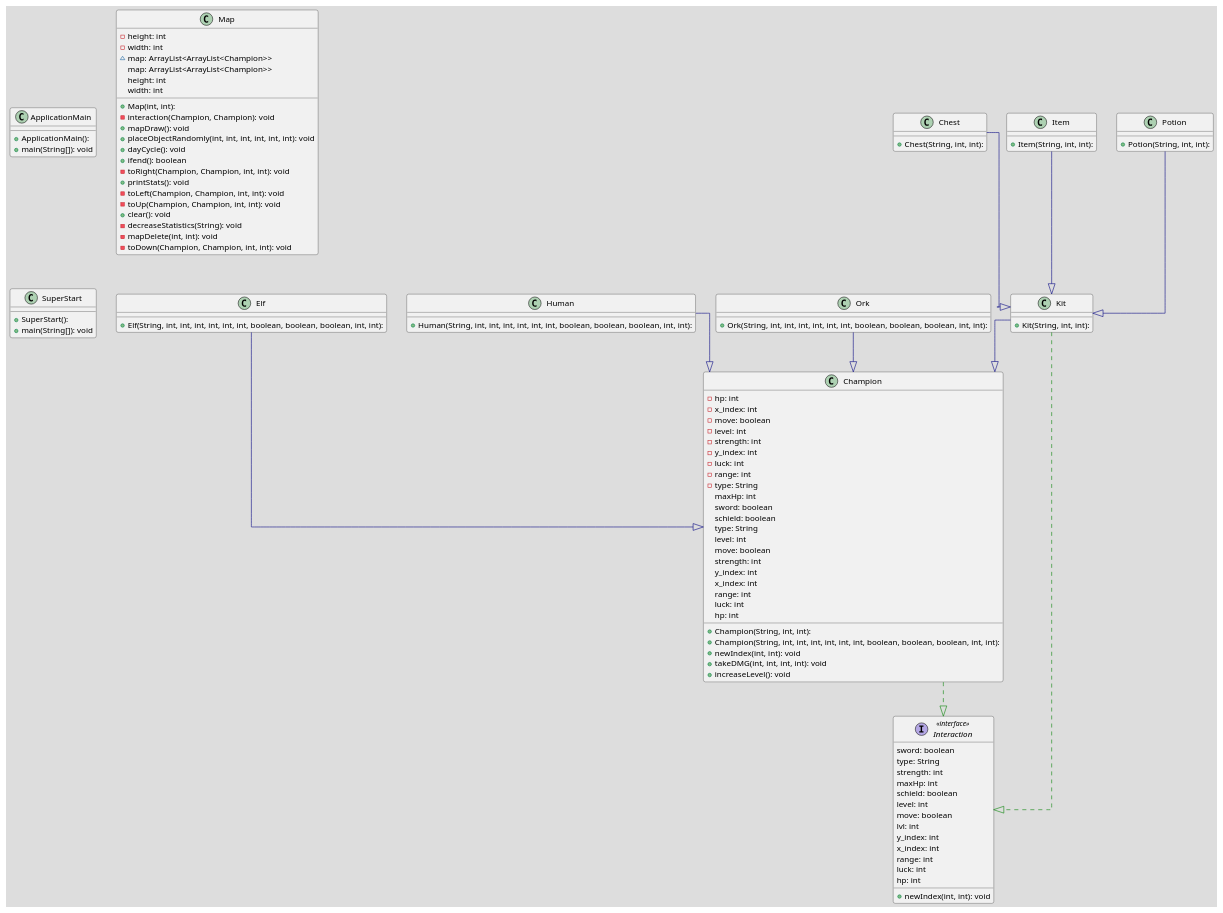
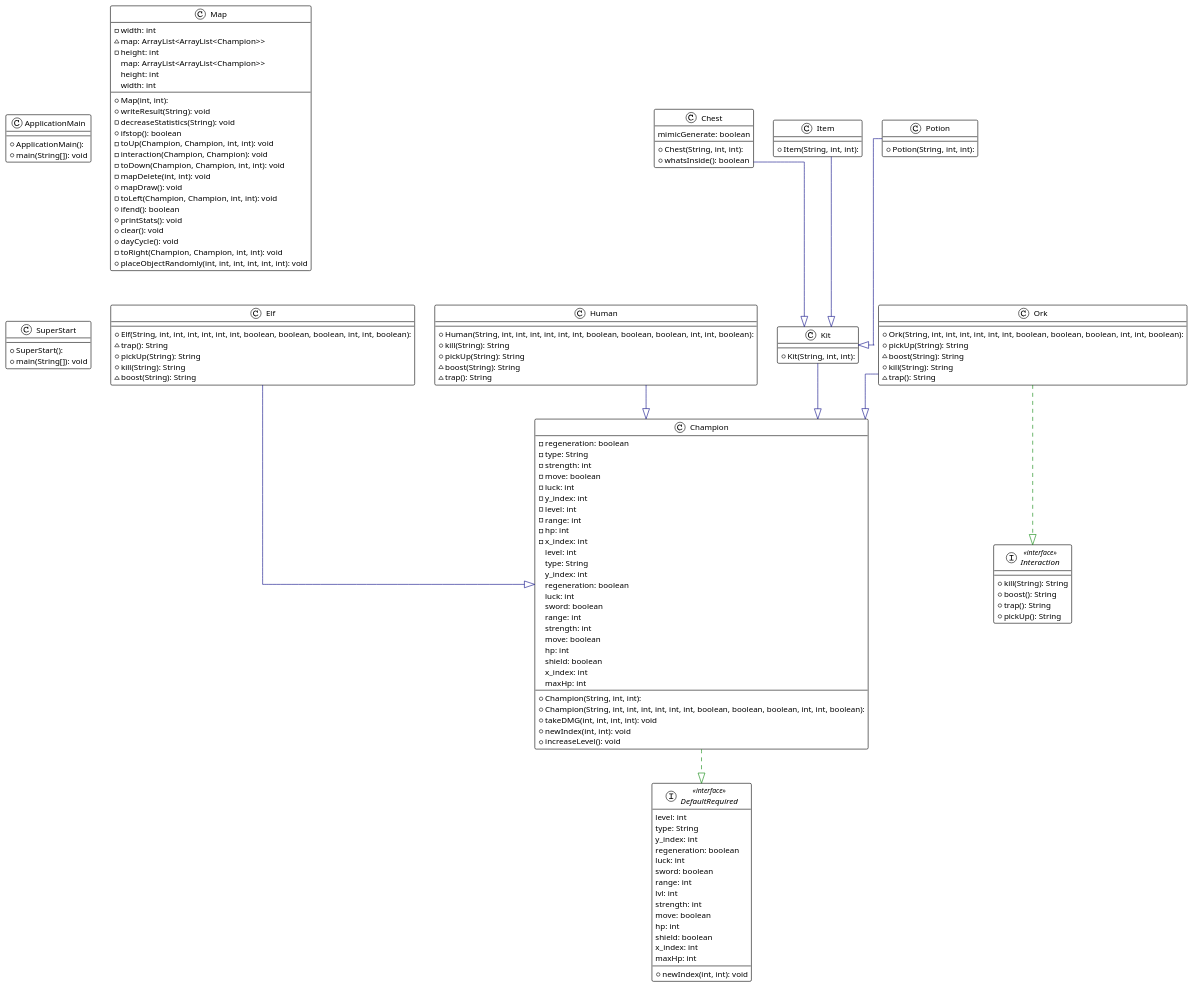
Before and after one commit to mikus3363/SymulatorPolaBitwy-OOP-project: the diagram in SymulatorPolaBitwy-OOP-Project-New-Class.plantuml, drawn with PlantUML. The commit also changed 1 other file, not shown here.

```diff
--- a/SymulatorPolaBitwy-OOP-Project-New-Class.plantuml
+++ b/SymulatorPolaBitwy-OOP-Project-New-Class.plantuml
@@ -1,112 +1,137 @@
 @startuml
 
-!theme toy
+!theme plain
 top to bottom direction
 skinparam linetype ortho
 
 class ApplicationMain {
   + ApplicationMain(): 
   + main(String[]): void
 }
 class Champion {
   + Champion(String, int, int): 
-  + Champion(String, int, int, int, int, int, int, boolean, boolean, boolean, int, int): 
+  + Champion(String, int, int, int, int, int, int, boolean, boolean, boolean, int, int, boolean): 
+  - regeneration: boolean
+  - type: String
+  - strength: int
+  - move: boolean
+  - luck: int
+  - y_index: int
+  - level: int
+  - range: int
   - hp: int
   - x_index: int
-  - move: boolean
-  - level: int
-  - strength: int
-  - y_index: int
-  - luck: int
-  - range: int
-  - type: String
+  + takeDMG(int, int, int, int): void
   + newIndex(int, int): void
-  + takeDMG(int, int, int, int): void
   + increaseLevel(): void
+   level: int
+   type: String
+   y_index: int
+   regeneration: boolean
+   luck: int
+   sword: boolean
+   range: int
+   strength: int
+   move: boolean
+   hp: int
+   shield: boolean
+   x_index: int
    maxHp: int
-   sword: boolean
-   schield: boolean
-   type: String
-   level: int
-   move: boolean
-   strength: int
-   y_index: int
-   x_index: int
-   range: int
-   luck: int
-   hp: int
 }
 class Chest {
   + Chest(String, int, int): 
+  + whatsInside(): boolean
+   mimicGenerate: boolean
+}
+interface DefaultRequired << interface >> {
+  + newIndex(int, int): void
+   level: int
+   type: String
+   y_index: int
+   regeneration: boolean
+   luck: int
+   sword: boolean
+   range: int
+   lvl: int
+   strength: int
+   move: boolean
+   hp: int
+   shield: boolean
+   x_index: int
+   maxHp: int
 }
 class Elf {
-  + Elf(String, int, int, int, int, int, int, boolean, boolean, boolean, int, int): 
+  + Elf(String, int, int, int, int, int, int, boolean, boolean, boolean, int, int, boolean): 
+  ~ trap(): String
+  + pickUp(String): String
+  + kill(String): String
+  ~ boost(String): String
 }
 class Human {
-  + Human(String, int, int, int, int, int, int, boolean, boolean, boolean, int, int): 
+  + Human(String, int, int, int, int, int, int, boolean, boolean, boolean, int, int, boolean): 
+  + kill(String): String
+  + pickUp(String): String
+  ~ boost(String): String
+  ~ trap(): String
 }
 interface Interaction << interface >> {
-  + newIndex(int, int): void
-   sword: boolean
-   type: String
-   strength: int
-   maxHp: int
-   schield: boolean
-   level: int
-   move: boolean
-   lvl: int
-   y_index: int
-   x_index: int
-   range: int
-   luck: int
-   hp: int
+  + kill(String): String
+  + boost(): String
+  + trap(): String
+  + pickUp(): String
 }
 class Item {
   + Item(String, int, int): 
 }
 class Kit {
   + Kit(String, int, int): 
 }
 class Map {
   + Map(int, int): 
-  - height: int
   - width: int
   ~ map: ArrayList<ArrayList<Champion>>
+  - height: int
+  + writeResult(String): void
+  - decreaseStatistics(String): void
+  + ifstop(): boolean
+  - toUp(Champion, Champion, int, int): void
   - interaction(Champion, Champion): void
+  - toDown(Champion, Champion, int, int): void
+  - mapDelete(int, int): void
   + mapDraw(): void
+  - toLeft(Champion, Champion, int, int): void
+  + ifend(): boolean
+  + printStats(): void
+  + clear(): void
+  + dayCycle(): void
+  - toRight(Champion, Champion, int, int): void
   + placeObjectRandomly(int, int, int, int, int, int): void
-  + dayCycle(): void
-  + ifend(): boolean
-  - toRight(Champion, Champion, int, int): void
-  + printStats(): void
-  - toLeft(Champion, Champion, int, int): void
-  - toUp(Champion, Champion, int, int): void
-  + clear(): void
-  - decreaseStatistics(String): void
-  - mapDelete(int, int): void
-  - toDown(Champion, Champion, int, int): void
    map: ArrayList<ArrayList<Champion>>
    height: int
    width: int
 }
 class Ork {
-  + Ork(String, int, int, int, int, int, int, boolean, boolean, boolean, int, int): 
+  + Ork(String, int, int, int, int, int, int, boolean, boolean, boolean, int, int, boolean): 
+  + pickUp(String): String
+  ~ boost(String): String
+  + kill(String): String
+  ~ trap(): String
 }
 class Potion {
   + Potion(String, int, int): 
 }
 class SuperStart {
   + SuperStart(): 
   + main(String[]): void
 }
 
-Champion         -[#008200,dashed]-^  Interaction     
+Champion         -[#008200,dashed]-^  DefaultRequired 
 Chest            -[#000082,plain]-^  Kit             
 Elf              -[#000082,plain]-^  Champion        
 Human            -[#000082,plain]-^  Champion        
 Item             -[#000082,plain]-^  Kit             
 Kit              -[#000082,plain]-^  Champion        
-Kit              -[#008200,dashed]-^  Interaction     
 Ork              -[#000082,plain]-^  Champion        
+Ork              -[#008200,dashed]-^  Interaction     
 Potion           -[#000082,plain]-^  Kit             
 @enduml
```
